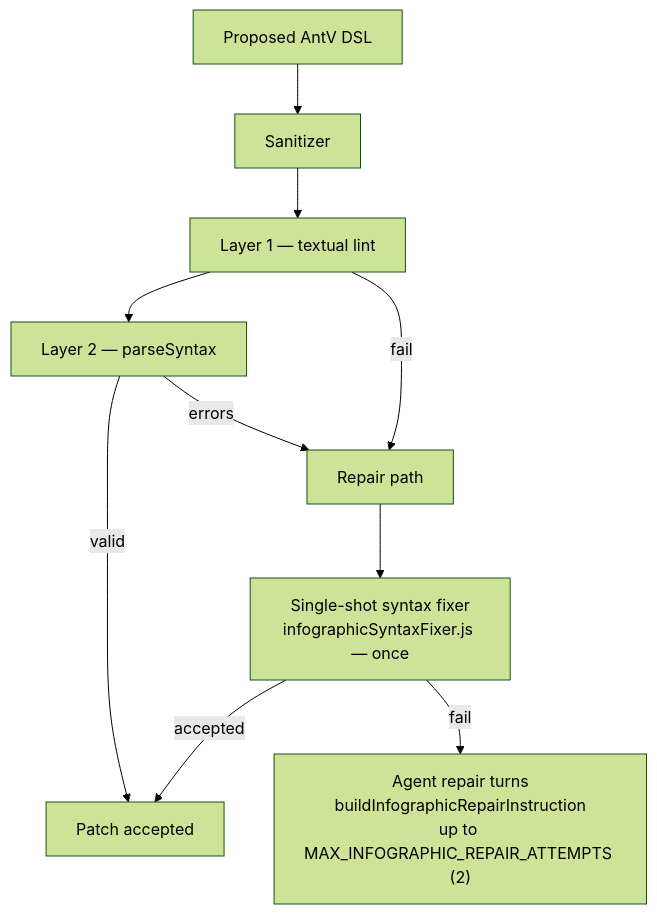
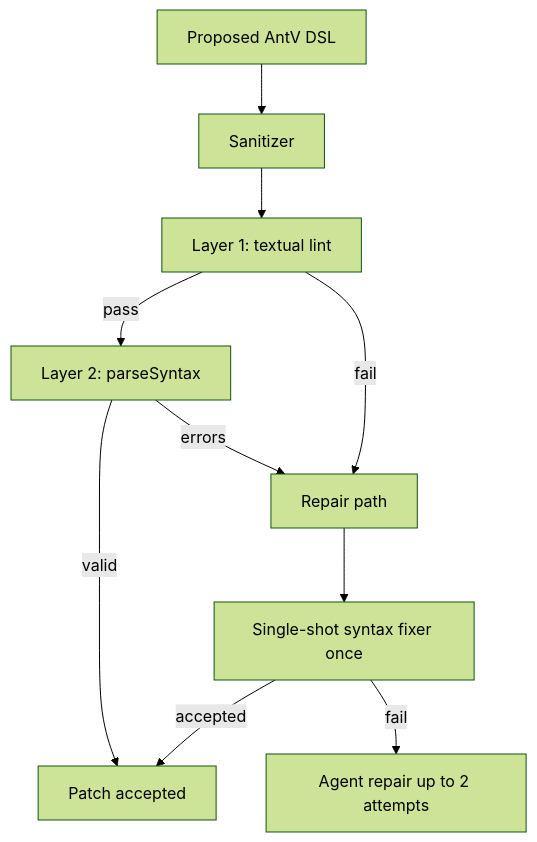
The sixth of 9 diagrams in README.md (acuhlmann/mermaid-gen), drawn with Mermaid (forest theme) before and after one commit. The commit also changed other lines of this file, not shown here.

First line of the commit message:
Refine README.md documentation for flowcharts and session handling

````diff
--- a/README.md
+++ b/README.md
@@ -249,12 +249,12 @@
 ```mermaid
 flowchart TB
   Raw["Proposed AntV DSL"] --> S["Sanitizer"]
-  S --> L1["Layer 1 — textual lint"]
-  L1 --> L2["Layer 2 — parseSyntax"]
+  S --> L1["Layer 1: textual lint"]
+  L1 -->|pass| L2["Layer 2: parseSyntax"]
+  L1 -->|fail| R["Repair path"]
   L2 -->|valid| P["Patch accepted"]
-  L1 -->|fail| R["Repair path"]
   L2 -->|errors| R
-  R --> F["Single-shot syntax fixer\ninfographicSyntaxFixer.js — once"]
+  R --> F["Single-shot syntax fixer once"]
   F -->|accepted| P
-  F -->|fail| A["Agent repair turns\nbuildInfographicRepairInstruction\nup to MAX_INFOGRAPHIC_REPAIR_ATTEMPTS (2)"]
+  F -->|fail| A["Agent repair up to 2 attempts"]
 ```
````
